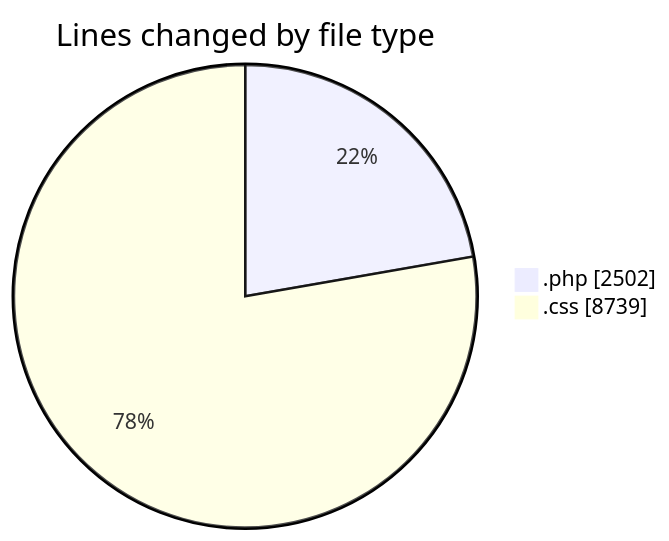
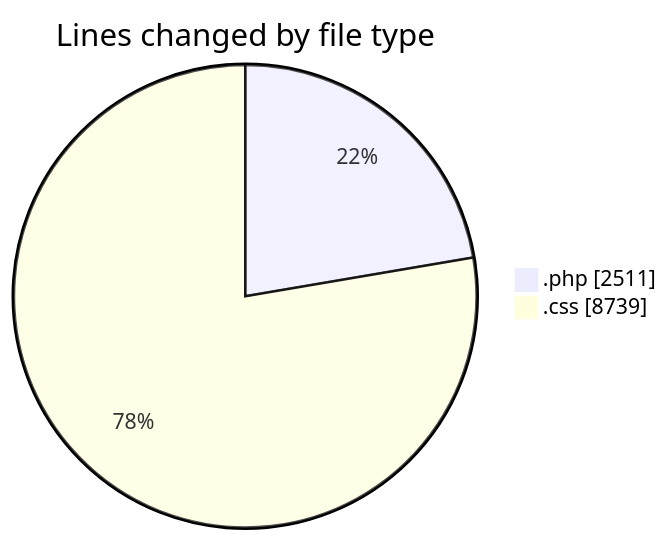
The first of 2 diagrams in 2025-02-14/checkout/README.md (robertbonfada/code-tracking), drawn with Mermaid before and after one commit. The commit also changed other lines of this file and 1 other file, not shown here.

````diff
--- a/2025-02-14/checkout/README.md
+++ b/2025-02-14/checkout/README.md
@@ -21,6 +21,6 @@
 ```mermaid
 pie showData
 title Lines changed by file type
-".php" : 2502
+".php" : 2511
 ".css" : 8739
 ```
````
